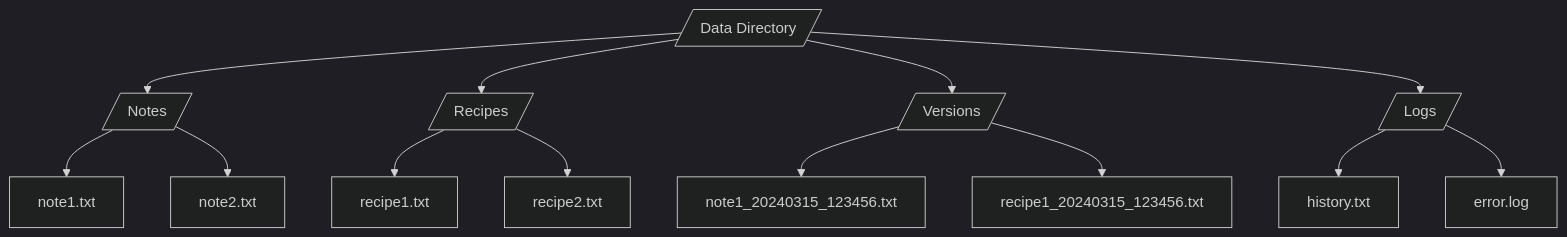
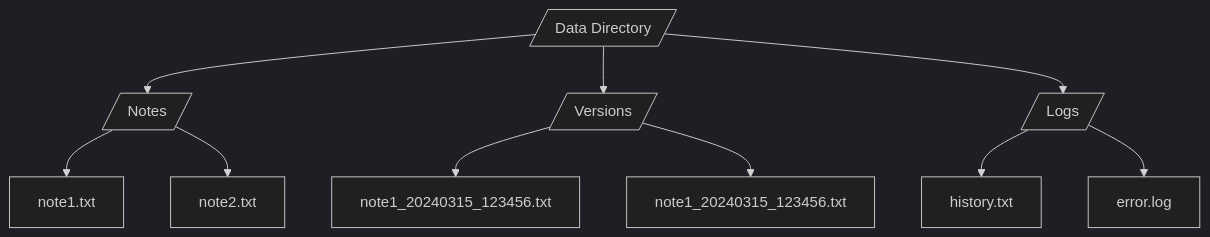
The fifth of 17 diagrams in Docs/DevelopmentGuide/DETAILED_IMPLEMENTATION.md (LGICCommunity/NoteCLI), drawn with Mermaid (dark theme) before and after one commit. The commit also changed other lines of this file and 3 other files, not shown here.

````diff
--- a/Docs/DevelopmentGuide/DETAILED_IMPLEMENTATION.md
+++ b/Docs/DevelopmentGuide/DETAILED_IMPLEMENTATION.md
@@ -123,20 +123,16 @@
 ```mermaid
 graph TD
     Root[/Data Directory/] --> Notes[/Notes/]
-    Root --> Recipes[/Recipes/]
     Root --> Versions[/Versions/]
     Root --> Logs[/Logs/]
     
     Notes --> N1[note1.txt]
     Notes --> N2[note2.txt]
     
-    Recipes --> R1[recipe1.txt]
-    Recipes --> R2[recipe2.txt]
-    
     Versions --> V1[note1_20240315_123456.txt]
-    Versions --> V2[recipe1_20240315_123456.txt]
+    Versions --> V2[note1_20240315_123456.txt]
     
     Logs --> L1[history.txt]
     Logs --> L2[error.log]
     
 ```
````
